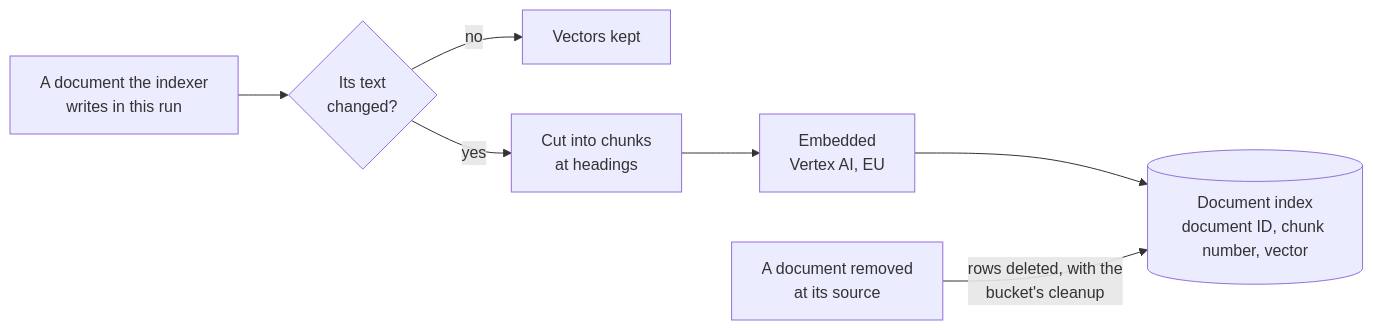
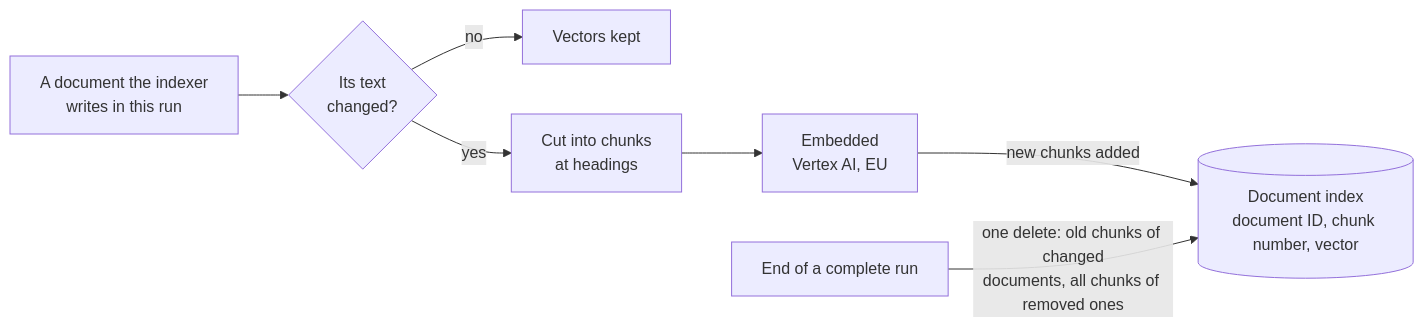
One commit to pborkowski-rtbh/conversation-analyzer changed diagram 16 of 21 in design-doc.md. Above: the diagram before and after it, drawn with Mermaid. The commit also changed other lines of this file, not shown here.

````diff
--- a/design-doc.md
+++ b/design-doc.md
@@ -1371,9 +1382,9 @@
 ```mermaid
 flowchart LR
     A["A document the indexer<br/>writes in this run"] --> B{"Its text<br/>changed?"}
     B -->|"no"| Z["Vectors kept"]
     B -->|"yes"| C["Cut into chunks<br/>at headings"]
     C --> D["Embedded<br/>Vertex AI, EU"]
-    D --> E[("Document index<br/>document ID, chunk number, vector")]
-    R["A document removed<br/>at its source"] -->|"rows deleted, with the<br/>bucket's cleanup"| E
+    D -->|"new chunks added"| E[("Document index<br/>document ID, chunk number, vector")]
+    R["End of a complete run"] -->|"one delete: old chunks of changed<br/>documents, all chunks of removed ones"| E
 ```
````
